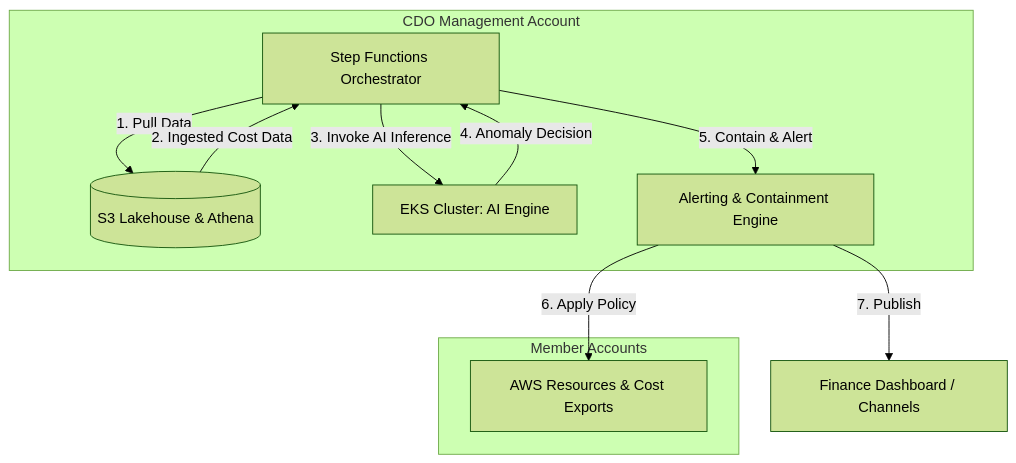
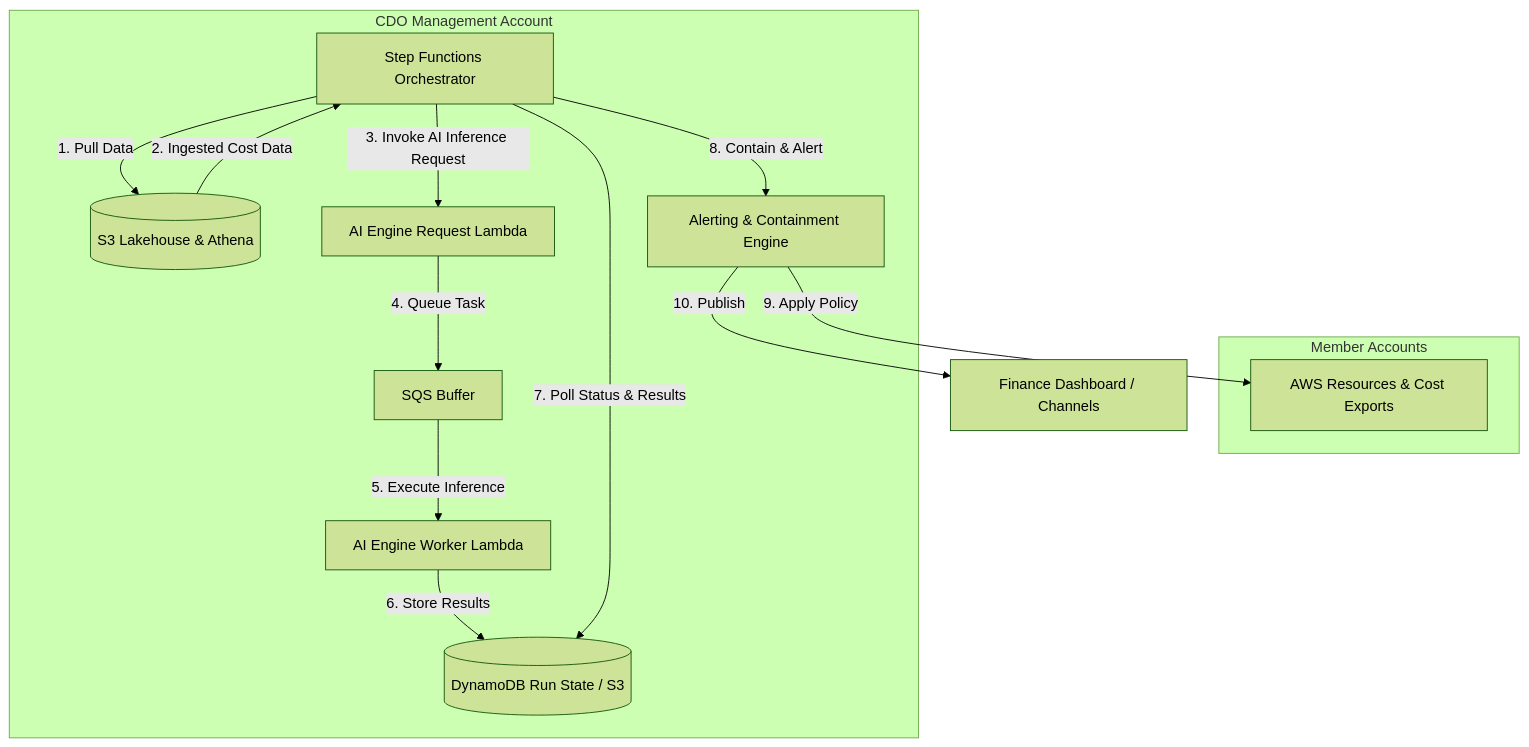
One commit to hungxqt/tf2-finops-iac changed the second of 5 diagrams in docs/tf2-finops/02_infra_design.md. Above: the diagram before and after it, drawn with Mermaid (forest theme). The commit also changed other lines of this file and 79 other files, not shown here.

````diff
--- a/docs/tf2-finops/02_infra_design.md
+++ b/docs/tf2-finops/02_infra_design.md
@@ -107,17 +120,20 @@
 ```mermaid
 graph TD
     subgraph "Member Accounts"
         Members[AWS Resources & Cost Exports]
     end
 
     subgraph "CDO Management Account"
         SF[Step Functions Orchestrator] -->|1. Pull Data| Lakehouse[(S3 Lakehouse & Athena)]
         Lakehouse -->|2. Ingested Cost Data| SF
-        SF -->|3. Invoke AI Inference| EKS[EKS Cluster: AI Engine]
-        EKS -->|4. Anomaly Decision| SF
-        SF -->|5. Contain & Alert| Actions[Alerting & Containment Engine]
+        SF -->|3. Invoke AI Inference Request| AILambdaReq[AI Engine Request Lambda]
+        AILambdaReq -->|4. Queue Task| SQS[SQS Buffer]
+        SQS -->|5. Execute Inference| AILambdaWorker[AI Engine Worker Lambda]
+        AILambdaWorker -->|6. Store Results| DDB[(DynamoDB Run State / S3)]
+        SF -->|7. Poll Status & Results| DDB
+        SF -->|8. Contain & Alert| Actions[Alerting & Containment Engine]
     end
 
-    Actions -->|6. Apply Policy| Members
-    Actions -->|7. Publish| Dashboard[Finance Dashboard / Channels]
+    Actions -->|9. Apply Policy| Members
+    Actions -->|10. Publish| Dashboard[Finance Dashboard / Channels]
 ```
````
